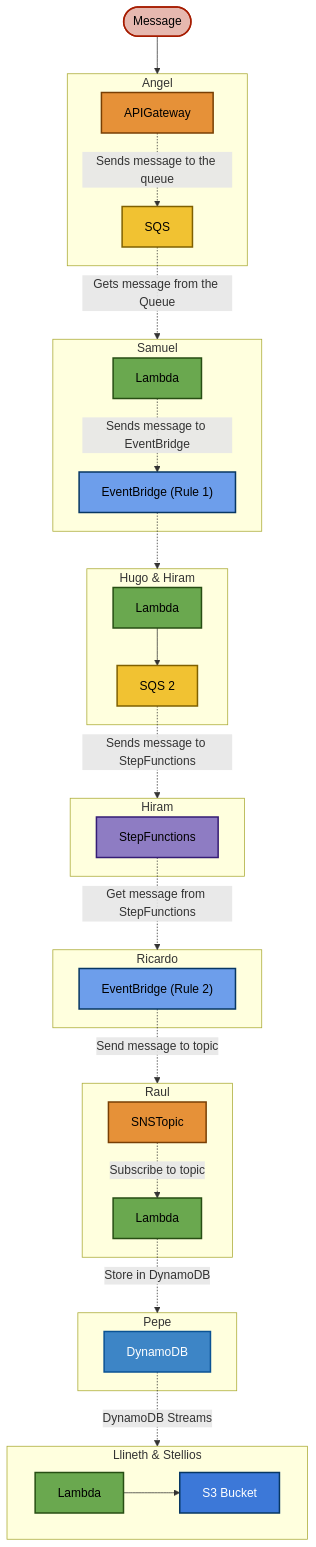
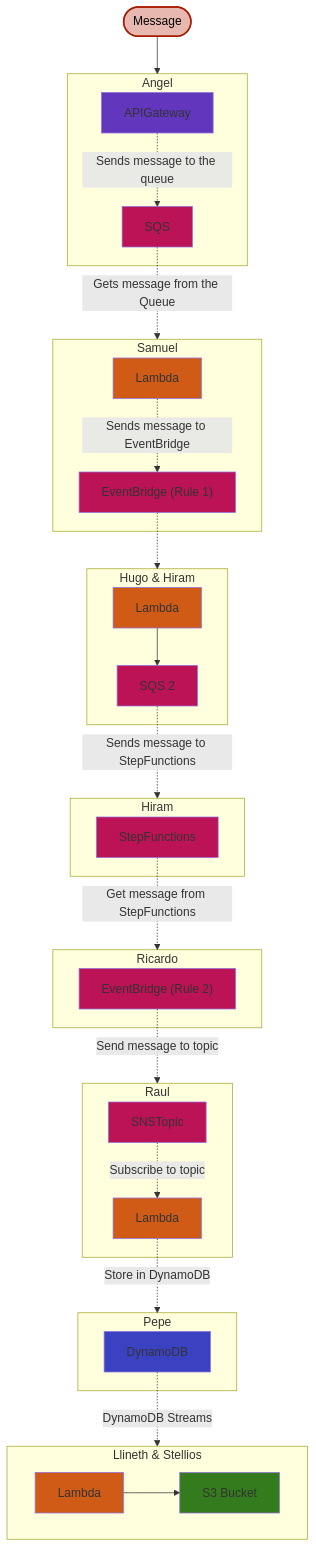
Before and after one commit to utiliware/message-router: the diagram in README.md, drawn with Mermaid.

````diff
--- a/README.md
+++ b/README.md
@@ -1,65 +1,65 @@
 ``` mermaid
 flowchart TD
     Message([Message]) --> Angel
     
     subgraph Angel
         APIGateway -. "Sends message to the queue" .-> SQS1["SQS"]
     end
 
     SQS1 -. "Gets message from the Queue" .-> Samuel
 
     subgraph Samuel
         LambdaSamuel["Lambda"] -. "Sends message to EventBridge" .-> EventBridge1["EventBridge (Rule 1)"]
     end
 
     EventBridge1 -.-> Hugo_Hiram
 
     subgraph Hugo_Hiram["Hugo & Hiram"]
         LambdaHugoHiram["Lambda"] --> SQS2["SQS 2"]
     end
 
     SQS2 -. "Sends message to StepFunctions" .-> Hiram
 
     subgraph Hiram
         StepFunctions 
     end
 
     StepFunctions -. "Get message from StepFunctions" .-> Ricardo
 
     subgraph Ricardo
         EventBridge2["EventBridge (Rule 2)"]
     end
 
     EventBridge2 -. "Send message to topic" .-> Raul
 
     subgraph Raul
         SNSTopic -. "Subscribe to topic" .-> LambdaRaul["Lambda"]
     end
 
     LambdaRaul -. "Store in DynamoDB" .-> Pepe
 
     subgraph Pepe
         DynamoDB
     end
 
     DynamoDB -. "DynamoDB Streams" .-> Llineth_Stellios
 
     subgraph Llineth_Stellios["Llineth & Stellios"]
         LambdaS3["Lambda"] --> S3["S3 Bucket"]
     end
 
     style Message fill:#e6b8af,stroke:#a61c00,stroke-width:2px,color:#000
-    style APIGateway fill:#e69138,stroke:#783f04,stroke-width:2px,color:#000
-    style SQS1 fill:#f1c232,stroke:#7f6000,stroke-width:2px,color:#000
-    style LambdaSamuel fill:#6aa84f,stroke:#274e13,stroke-width:2px,color:#000
-    style EventBridge1 fill:#6d9eeb,stroke:#073763,stroke-width:2px,color:#000
-    style LambdaHugoHiram fill:#6aa84f,stroke:#274e13,stroke-width:2px,color:#000
-    style SQS2 fill:#f1c232,stroke:#7f6000,stroke-width:2px,color:#000
-    style StepFunctions fill:#8e7cc3,stroke:#351c75,stroke-width:2px,color:#000
-    style EventBridge2 fill:#6d9eeb,stroke:#073763,stroke-width:2px,color:#000
-    style SNSTopic fill:#e69138,stroke:#783f04,stroke-width:2px,color:#000
-    style LambdaRaul fill:#6aa84f,stroke:#274e13,stroke-width:2px,color:#000
-    style DynamoDB fill:#3d85c6,stroke:#0b5394,stroke-width:2px,color:#fff
-    style LambdaS3 fill:#6aa84f,stroke:#274e13,stroke-width:2px,color:#000
-    style S3 fill:#3c78d8,stroke:#073763,stroke-width:2px,color:#fff
+    style APIGateway fill:#6237be
+    style SQS1 fill:#bc1356
+    style LambdaSamuel fill:#cf5b17
+    style EventBridge1 fill:#bc1356
+    style LambdaHugoHiram fill:#cf5b17
+    style SQS2 fill:#bc1356
+    style StepFunctions fill:#bc1356
+    style EventBridge2 fill:#bc1356
+    style SNSTopic fill:#bc1356
+    style LambdaRaul fill:#cf5b17
+    style DynamoDB fill:#3b42c2
+    style LambdaS3 fill:#cf5b17
+    style S3 fill:#337b1c
 ```
````
